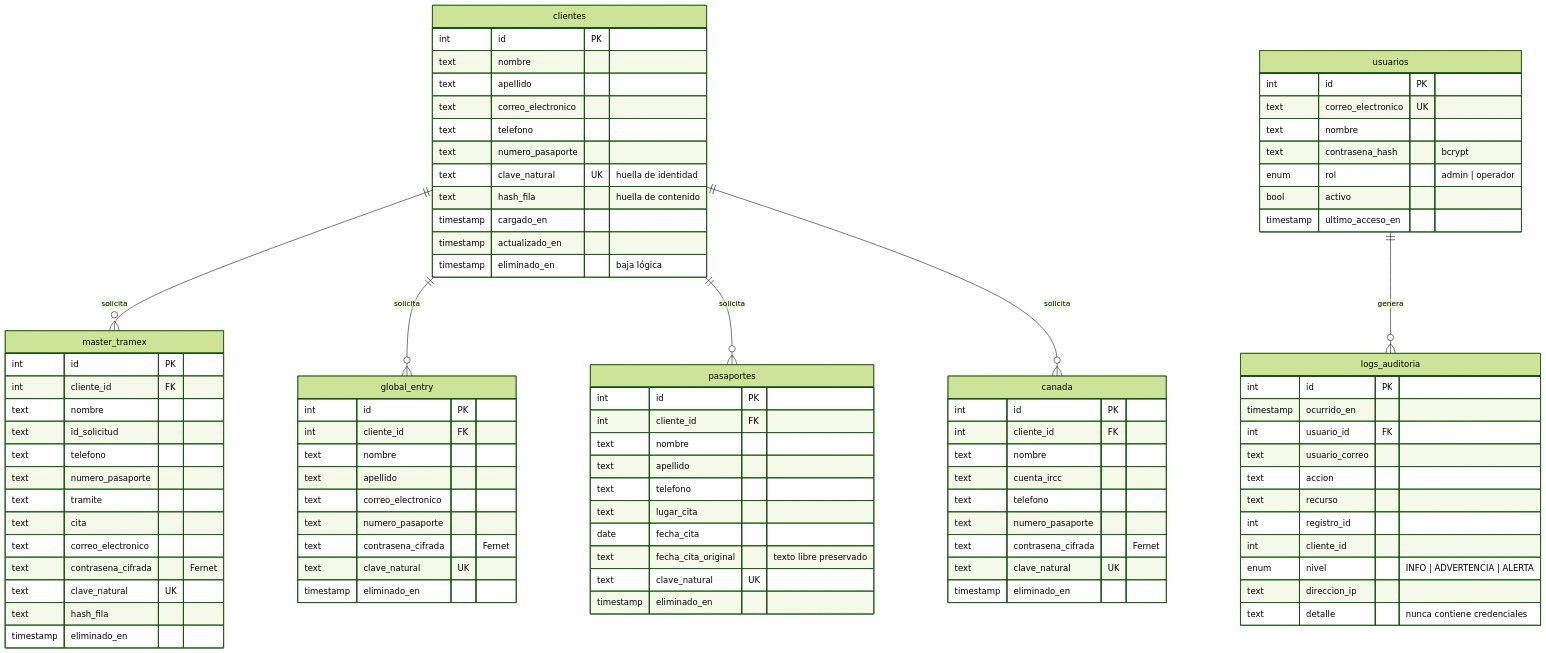
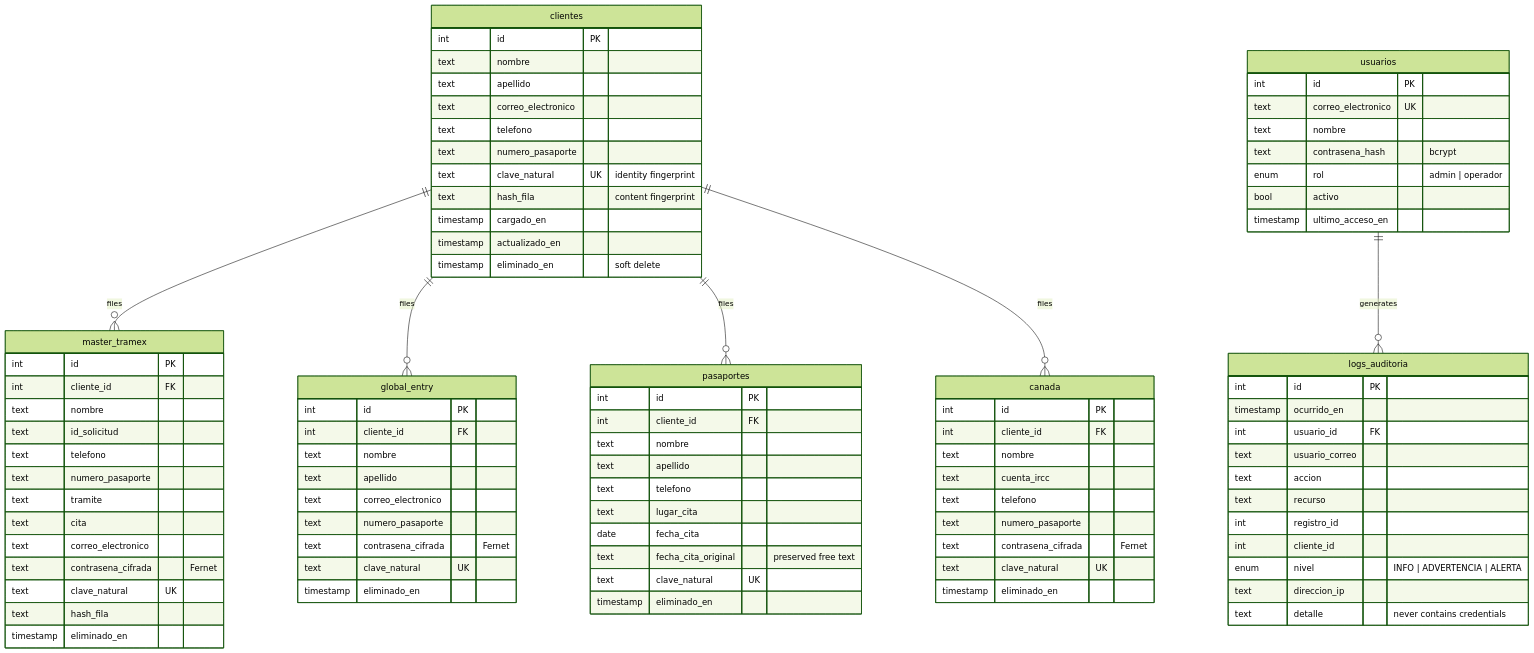
Before and after one commit to alexander-tinoco/tramex-etl: the second of 4 diagrams in README.md, drawn with Mermaid (forest theme). The commit also changed other lines of this file and 10 other files, not shown here.

````diff
--- a/README.md
+++ b/README.md
@@ -123,10 +122,10 @@
 ```mermaid
 erDiagram
-    clientes ||--o{ master_tramex : "solicita"
-    clientes ||--o{ global_entry  : "solicita"
-    clientes ||--o{ pasaportes    : "solicita"
-    clientes ||--o{ canada        : "solicita"
-    usuarios ||--o{ logs_auditoria : "genera"
+    clientes ||--o{ master_tramex : "files"
+    clientes ||--o{ global_entry  : "files"
+    clientes ||--o{ pasaportes    : "files"
+    clientes ||--o{ canada        : "files"
+    usuarios ||--o{ logs_auditoria : "generates"
 
     clientes {
         int id PK
@@ -135,11 +134,11 @@
         text correo_electronico
         text telefono
         text numero_pasaporte
-        text clave_natural UK "huella de identidad"
-        text hash_fila "huella de contenido"
+        text clave_natural UK "identity fingerprint"
+        text hash_fila "content fingerprint"
         timestamp cargado_en
         timestamp actualizado_en
-        timestamp eliminado_en "baja lógica"
+        timestamp eliminado_en "soft delete"
     }
 
     master_tramex {
@@ -178,7 +177,7 @@
         text telefono
         text lugar_cita
         date fecha_cita
-        text fecha_cita_original "texto libre preservado"
+        text fecha_cita_original "preserved free text"
         text clave_natural UK
         timestamp eliminado_en
     }
@@ -216,6 +215,6 @@
         int cliente_id
         enum nivel "INFO | ADVERTENCIA | ALERTA"
         text direccion_ip
-        text detalle "nunca contiene credenciales"
+        text detalle "never contains credentials"
     }
 ```
````
